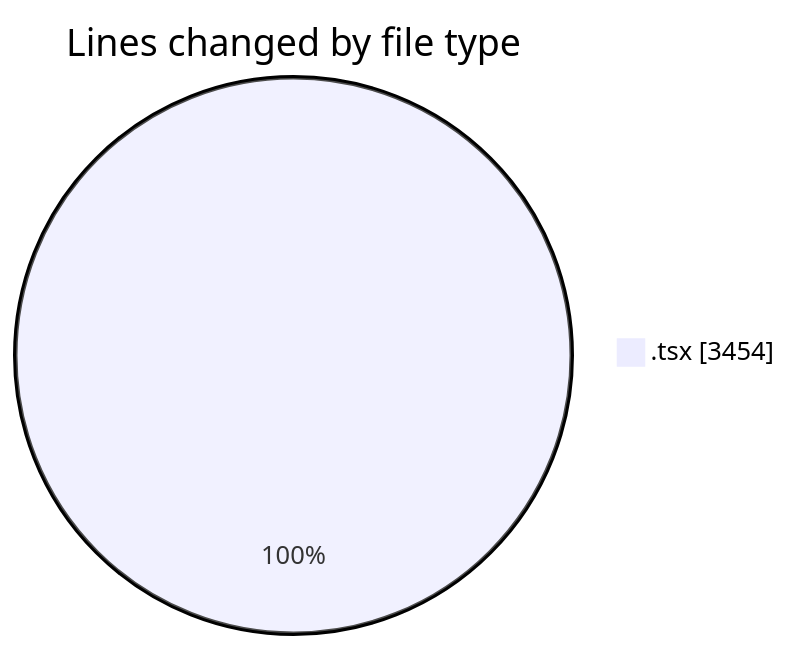
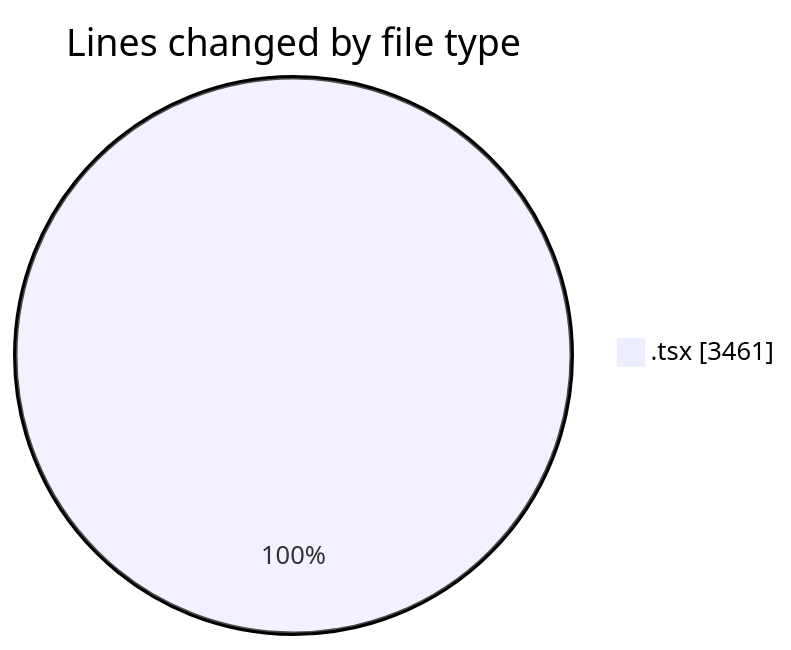
Before and after one commit to nxtqubesakshisongat/code-tracking: the first of 2 diagrams in 2026-06-18/nxtqube_webapp/README.md, drawn with Mermaid. The commit also changed other lines of this file and 1 other file, not shown here.

````diff
--- a/2026-06-18/nxtqube_webapp/README.md
+++ b/2026-06-18/nxtqube_webapp/README.md
@@ -20,5 +20,5 @@
 ```mermaid
 pie showData
 title Lines changed by file type
-".tsx" : 3454
+".tsx" : 3461
 ```
````
